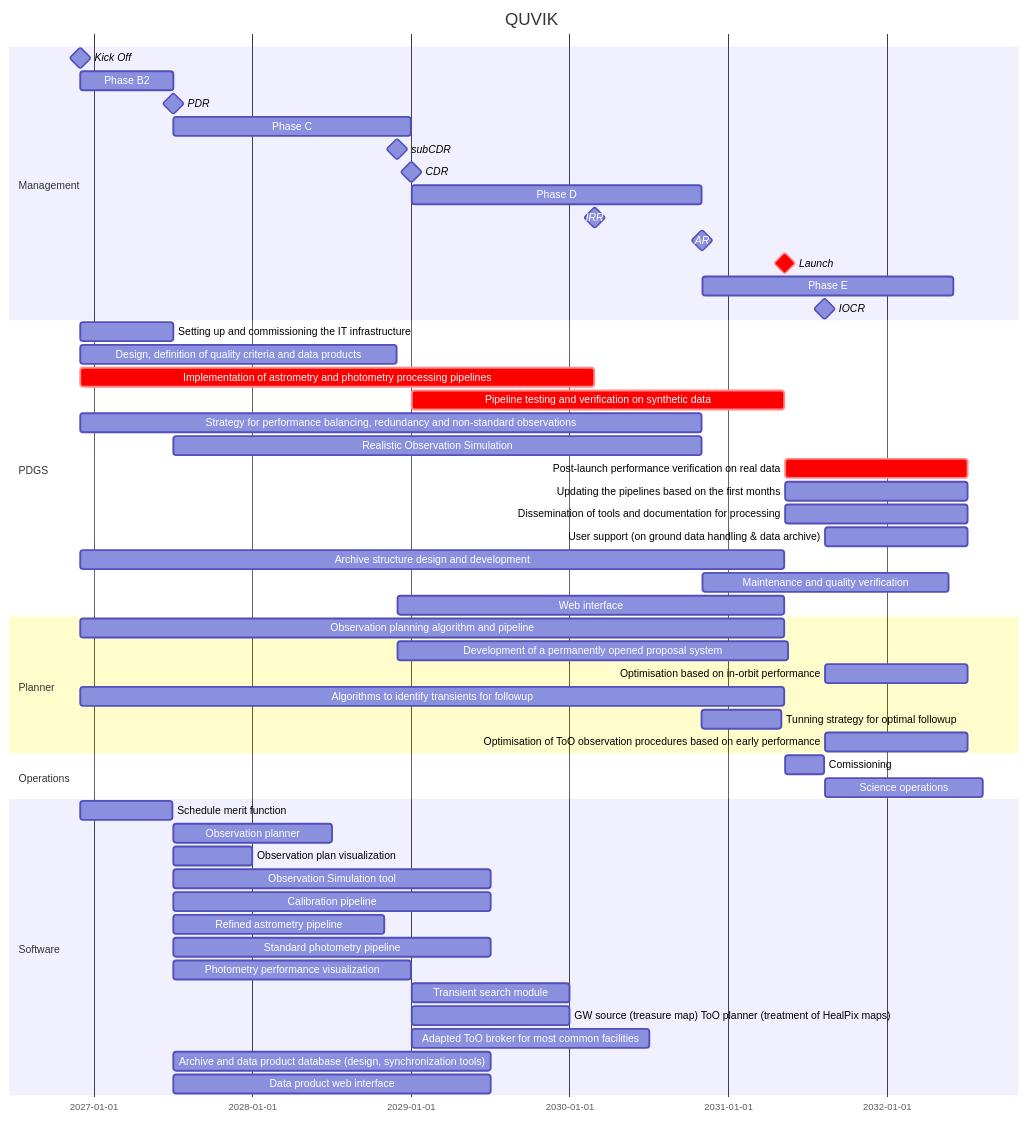
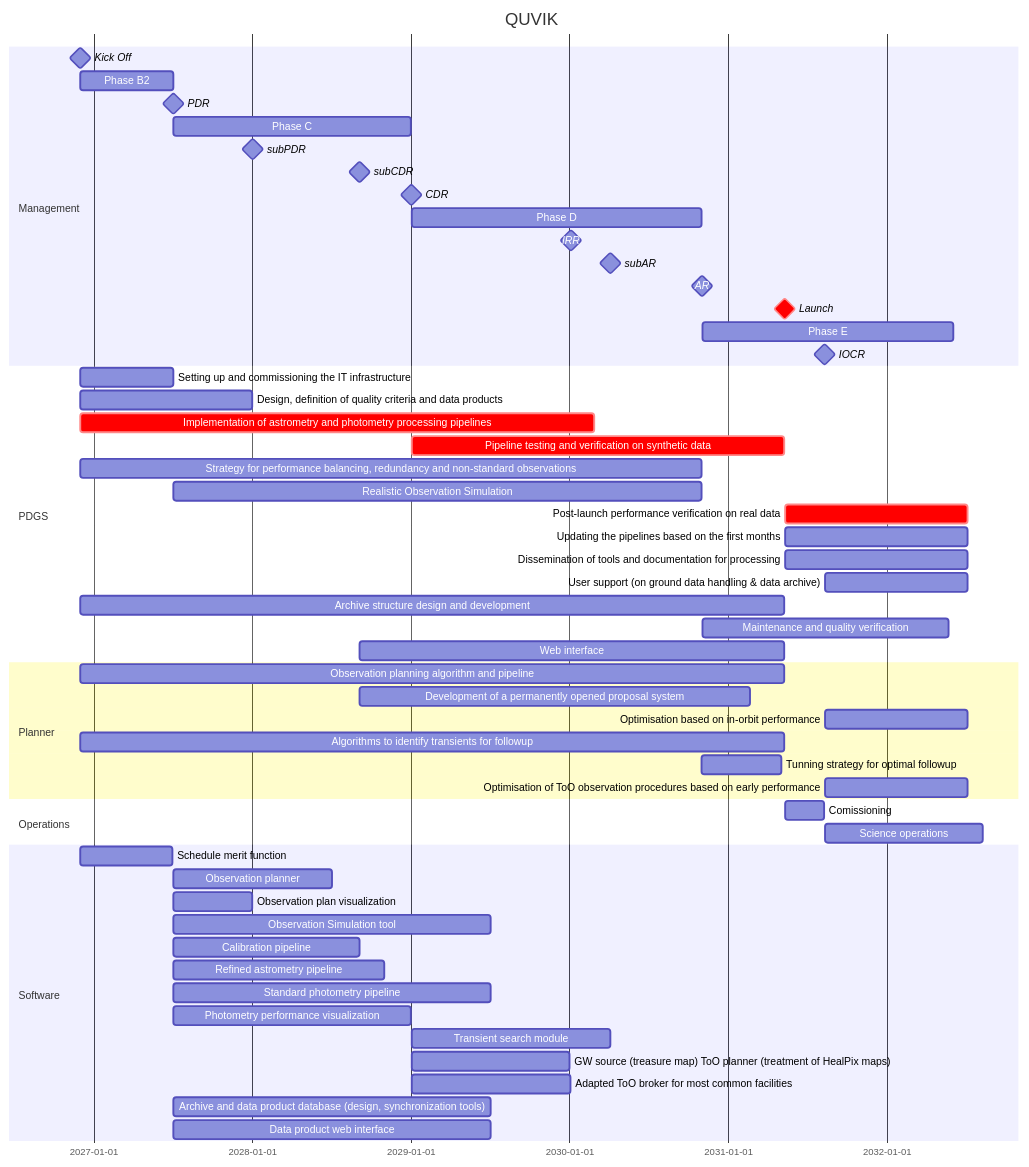
One commit to limu007/quvik changed the diagram in calib/SOC.md. Above: the diagram before and after it, drawn with Mermaid.

Commit message:
Revise milestones and durations in SOC.md
Updated milestone timelines and durations in the SOC document.

````diff
--- a/calib/SOC.md
+++ b/calib/SOC.md
@@ -1,61 +1,63 @@
 ```mermaid
 gantt
     title QUVIK
     dateFormat  YYYY-MM-DD
     section Management
     Kick Off : milestone, m1, 2026-12-01, 1d
     Phase B2 : b2, after m1, 213d
     PDR : milestone, pdr, after b2, 1d
     Phase C : c1, after pdr, 547d
-    subCDR :  milestone, sc1, after des, 1d
+    subPDR :  milestone, sp1, after des, 1d
+    subCDR :  milestone, sc1, after SD-5, 1d
     CDR : milestone, cdr, after c1, 1d
     Phase D : d1, after cdr, 668d
-    IRR : milestone, irr, after imp, 1d
+    IRR : milestone, irr, after SD-11, 1d
+    subAR: milestone, sar, after SD-9, 1d
     AR : milestone, ar, after d1, 1d
     Launch : crit, milestone, frr, after fol, 1d
     Phase E : e1, after ar, 578d
     IOCR : milestone, iocr, after e2, 1d
 
 
     section PDGS
     Setting up and commissioning the IT infrastructure : after m1, until pdr
-    Design, definition of quality criteria and data products : 	des, after m1	, 104w
+    Design, definition of quality criteria and data products : 	des, after m1	, 396d
     Implementation of astrometry and photometry processing pipelines :crit, imp, after m1 , 169w
     Pipeline testing and verification on synthetic data :crit,  pp, after cdr, until frr
     Strategy for performance balancing, redundancy and non-standard observations :  after m1 , until ar
     Realistic Observation Simulation :  after pdr , until ar
     Post-launch performance verification on real data :crit,   after frr , 420d
     Updating the pipelines based on the first months :  after frr , 420d
     Dissemination of tools and documentation for processing :  after frr , 420d
      User support (on ground data handling & data archive) :  after iocr , 330d
      Archive structure design and development :  after m1 , until frr
      Maintenance and quality verification :  after ar , 81w
      Web interface :  after sc1 , until frr
 
     section Planner
     Observation planning algorithm and pipeline :  after m1 , 1620d
     Development of a permanently opened proposal system : after sc1 , 900d
     Optimisation based on in-orbit performance :  after iocr , 330d
     Algorithms to identify transients for followup : fol, after m1 , 1620d
     Tunning strategy for optimal followup  :  after d1 , 183d
     Optimisation of ToO observation procedures based on early performance :  after iocr , 330d
 
     section Operations
     Comissioning : e2, after frr, 13w
     Science operations : e3, after iocr, 52w
 
     section Software
         Schedule merit function: SD-2, after m1, 212d
         Observation planner: SD-2, after pdr, 364d
         Observation plan visualization: SD-3, after pdr, 182d
         Observation Simulation tool: SD-4, after pdr, 729d
-        Calibration pipeline: SD-5, after pdr, 729d
+        Calibration pipeline: SD-5, after pdr, 427d
         Refined astrometry pipeline: SD-6, after pdr, 486d
         Standard photometry pipeline: SD-7, after pdr, 729d
         Photometry performance visualization: SD-8, after pdr, 547d
-        Transient search module: SD-9, after cdr, 364d
+        Transient search module: SD-9, after cdr, 457d
         GW source (treasure map) ToO planner (treatment of HealPix maps): SD-10, after cdr, 364d
-        Adapted ToO broker for most common facilities: SD-11, after cdr, 547d
+        Adapted ToO broker for most common facilities: SD-11, after cdr, 366d
         Archive and data product database (design, synchronization tools): SD-12, after pdr, 729d
         Data product web interface: SD-13, after pdr, 729d
 ```
````
